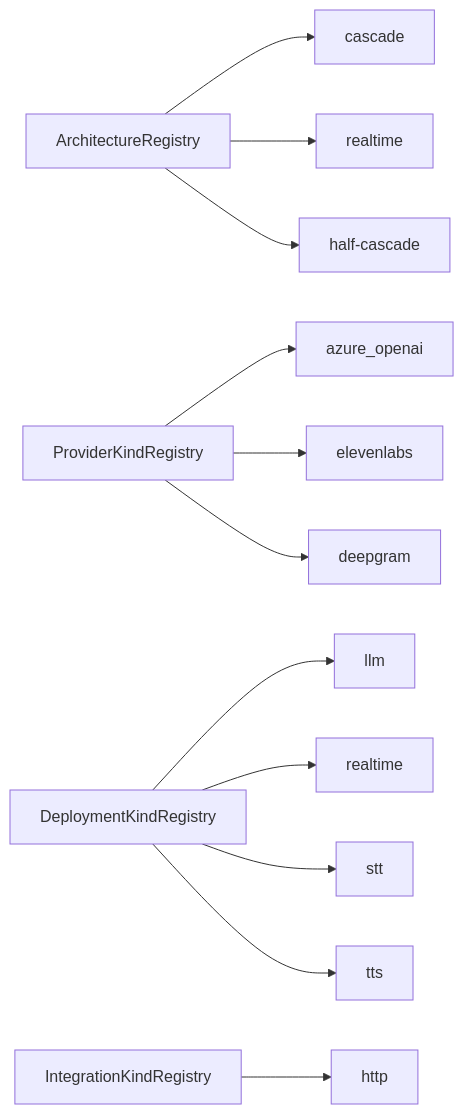
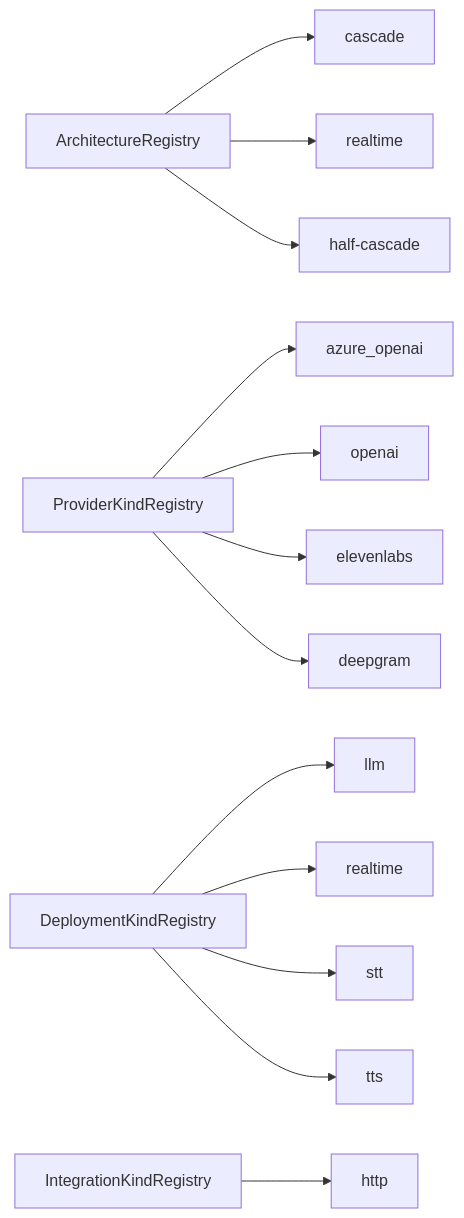
One commit to kitnew/agentic-backend changed the seventh of 12 diagrams in docs/control-plane/ARCHITECTURE.md. Above: the diagram before and after it, drawn with Mermaid. The commit also changed other lines of this file and 7 other files, not shown here.

````diff
--- a/docs/control-plane/ARCHITECTURE.md
+++ b/docs/control-plane/ARCHITECTURE.md
@@ -698,21 +698,22 @@
 ```mermaid
 flowchart LR
     AR[ArchitectureRegistry]
     AR --> A1[cascade]
     AR --> A2[realtime]
     AR --> A3[half-cascade]
 
     PKR[ProviderKindRegistry]
     PKR --> PK1[azure_openai]
-    PKR --> PK2[elevenlabs]
-    PKR --> PK3[deepgram]
+    PKR --> PK2[openai]
+    PKR --> PK3[elevenlabs]
+    PKR --> PK4[deepgram]
 
     DKR[DeploymentKindRegistry]
     DKR --> DK1[llm]
     DKR --> DK2[realtime]
     DKR --> DK3[stt]
     DKR --> DK4[tts]
 
     IKR[IntegrationKindRegistry]
     IKR --> IK1[http]
 ```
````
